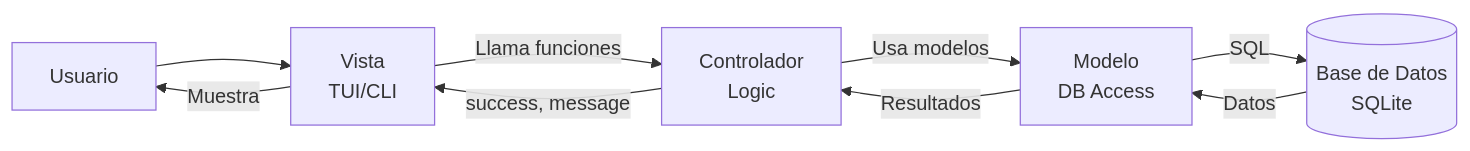
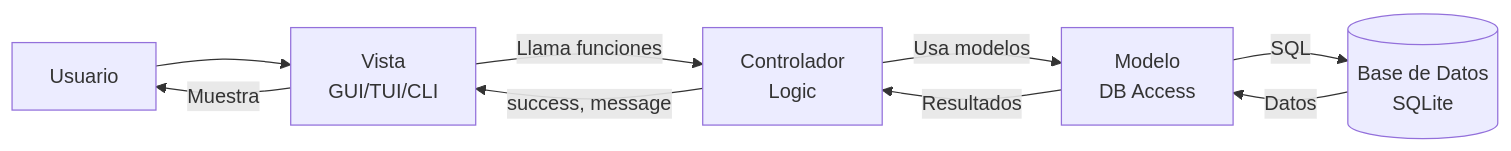
Before and after one commit to Rodrigo-B-F/MiProyectoGit: the diagram in docs/arquitectura.md, drawn with Mermaid. The commit also changed other lines of this file and 40 other files, not shown here.

````diff
--- a/docs/arquitectura.md
+++ b/docs/arquitectura.md
@@ -137,11 +171,11 @@
 ```mermaid
 graph LR
-    U[Usuario] --> V[Vista<br/>TUI/CLI]
+    U[Usuario] --> V[Vista<br/>GUI/TUI/CLI]
     V -->|Llama funciones| C[Controlador<br/>Logic]
     C -->|Usa modelos| M[Modelo<br/>DB Access]
     M -->|SQL| DB[(Base de Datos<br/>SQLite)]
     DB -->|Datos| M
     M -->|Resultados| C
     C -->|success, message| V
     V -->|Muestra| U
 ```
````
